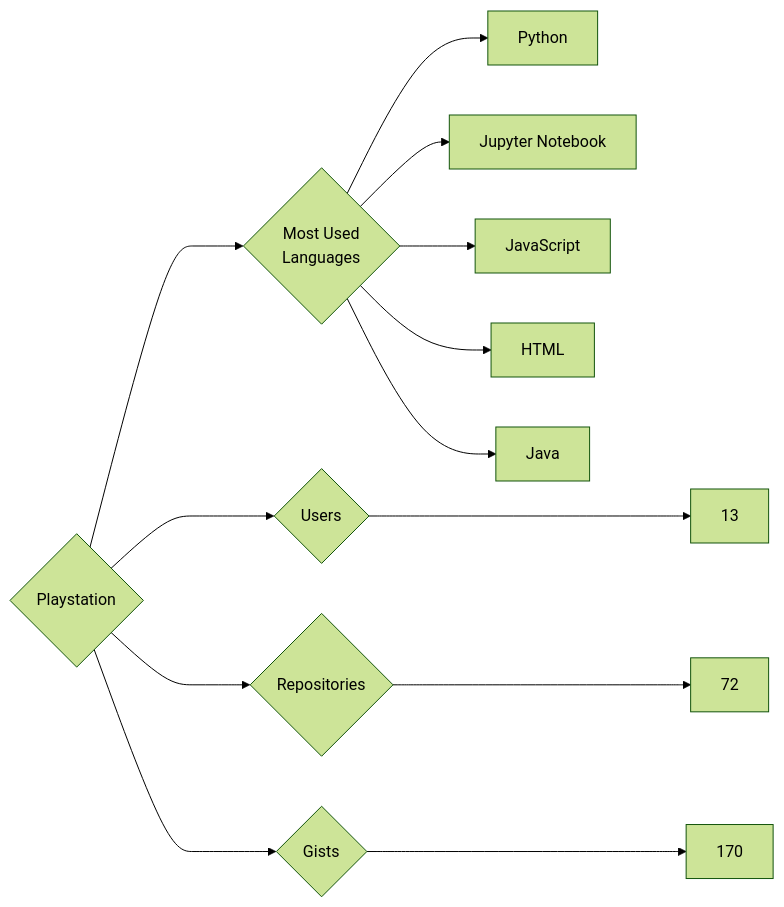
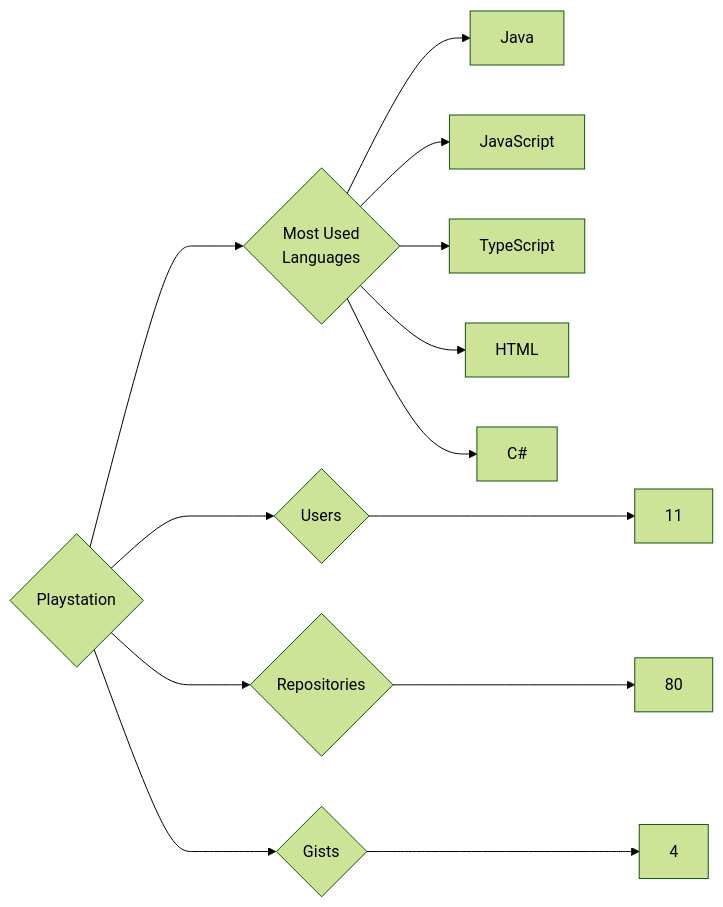
Before and after one commit to trickest/insiders: the diagram in targets/Playstation/README.md, drawn with Mermaid (forest theme). The commit also changed 728 other files, not shown here.

````diff
--- a/targets/Playstation/README.md
+++ b/targets/Playstation/README.md
@@ -3,13 +3,13 @@
 ```mermaid
 graph LR
 COMPANY_NAME{Playstation}
-COMPANY_NAME ---> U{Users} ---> UN[13]
-COMPANY_NAME ---> R{Repositories} ---> RN[72]
-COMPANY_NAME ---> G{Gists} ---> GN[170]
+COMPANY_NAME ---> U{Users} ---> UN[11]
+COMPANY_NAME ---> R{Repositories} ---> RN[80]
+COMPANY_NAME ---> G{Gists} ---> GN[4]
 COMPANY_NAME ---> ML{Most Used<br>Languages}
-ML --> Python[Python]
-ML --> Jupyter_Notebook[Jupyter Notebook]
+ML --> Java[Java]
 ML --> JavaScript[JavaScript]
+ML --> TypeScript[TypeScript]
 ML --> HTML[HTML]
-ML --> Java[Java]
+ML --> C#[C#]
 ```
````
